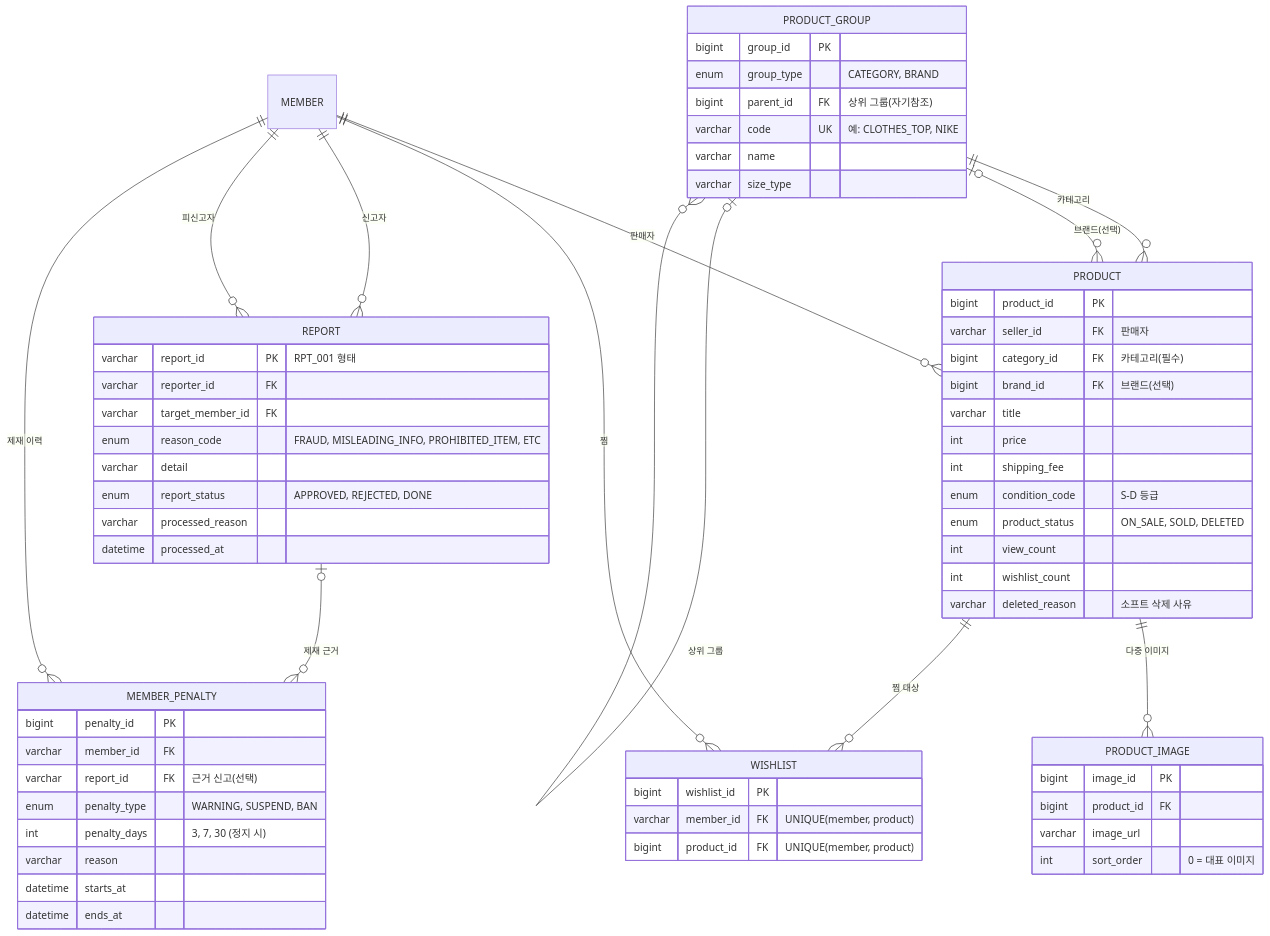
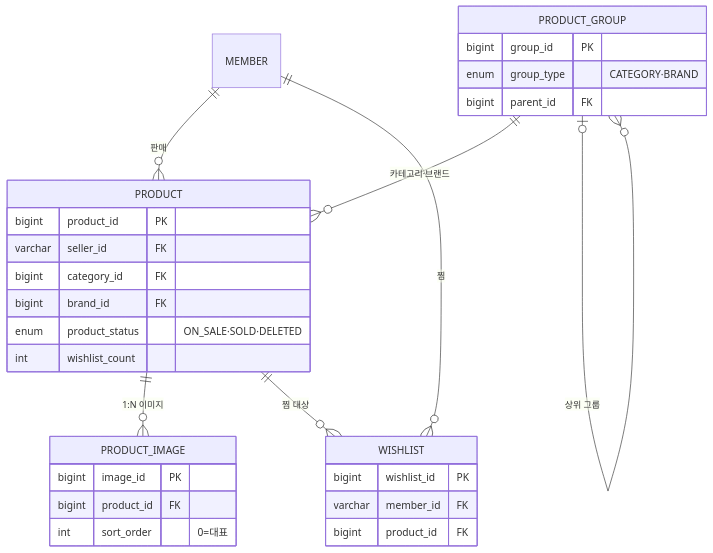
The second of 3 diagrams in README.md (offonoffdance-wq/Used-Market-Project), drawn with Mermaid before and after one commit. The commit also changed other lines of this file, not shown here.

Commit message:
docs: 담당 도메인 ERD를 상품·찜/신고·제재 2개로 분리, 핵심 컬럼만 표기 + 전체 스키마 접이식 처리 (가독성 개선)

````diff
--- a/README.md
+++ b/README.md
@@ -41,68 +45,33 @@
 ```mermaid
 erDiagram
-    MEMBER ||--o{ PRODUCT : "판매자"
-    PRODUCT_GROUP ||--o{ PRODUCT : "카테고리"
-    PRODUCT_GROUP |o--o{ PRODUCT : "브랜드(선택)"
+    MEMBER ||--o{ PRODUCT : "판매"
+    PRODUCT_GROUP ||--o{ PRODUCT : "카테고리·브랜드"
     PRODUCT_GROUP |o--o{ PRODUCT_GROUP : "상위 그룹"
-    PRODUCT ||--o{ PRODUCT_IMAGE : "다중 이미지"
+    PRODUCT ||--o{ PRODUCT_IMAGE : "1:N 이미지"
     MEMBER ||--o{ WISHLIST : "찜"
     PRODUCT ||--o{ WISHLIST : "찜 대상"
-    MEMBER ||--o{ REPORT : "신고자"
-    MEMBER ||--o{ REPORT : "피신고자"
-    MEMBER ||--o{ MEMBER_PENALTY : "제재 이력"
-    REPORT |o--o{ MEMBER_PENALTY : "제재 근거"
 
     PRODUCT {
         bigint product_id PK
-        varchar seller_id FK "판매자"
-        bigint category_id FK "카테고리(필수)"
-        bigint brand_id FK "브랜드(선택)"
-        varchar title
-        int price
-        int shipping_fee
-        enum condition_code "S-D 등급"
-        enum product_status "ON_SALE, SOLD, DELETED"
-        int view_count
+        varchar seller_id FK
+        bigint category_id FK
+        bigint brand_id FK
+        enum product_status "ON_SALE·SOLD·DELETED"
         int wishlist_count
-        varchar deleted_reason "소프트 삭제 사유"
     }
     PRODUCT_GROUP {
         bigint group_id PK
-        enum group_type "CATEGORY, BRAND"
-        bigint parent_id FK "상위 그룹(자기참조)"
-        varchar code UK "예: CLOTHES_TOP, NIKE"
-        varchar name
-        varchar size_type
+        enum group_type "CATEGORY·BRAND"
+        bigint parent_id FK
     }
     PRODUCT_IMAGE {
         bigint image_id PK
         bigint product_id FK
-        varchar image_url
-        int sort_order "0 = 대표 이미지"
+        int sort_order "0=대표"
     }
     WISHLIST {
         bigint wishlist_id PK
-        varchar member_id FK "UNIQUE(member, product)"
-        bigint product_id FK "UNIQUE(member, product)"
-    }
-    REPORT {
-        varchar report_id PK "RPT_001 형태"
-        varchar reporter_id FK
-        varchar target_member_id FK
-        enum reason_code "FRAUD, MISLEADING_INFO, PROHIBITED_ITEM, ETC"
-        varchar detail
-        enum report_status "APPROVED, REJECTED, DONE"
-        varchar processed_reason
-        datetime processed_at
-    }
-    MEMBER_PENALTY {
-        bigint penalty_id PK
         varchar member_id FK
-        varchar report_id FK "근거 신고(선택)"
-        enum penalty_type "WARNING, SUSPEND, BAN"
-        int penalty_days "3, 7, 30 (정지 시)"
-        varchar reason
-        datetime starts_at
-        datetime ends_at
+        bigint product_id FK
     }
 ```
````
